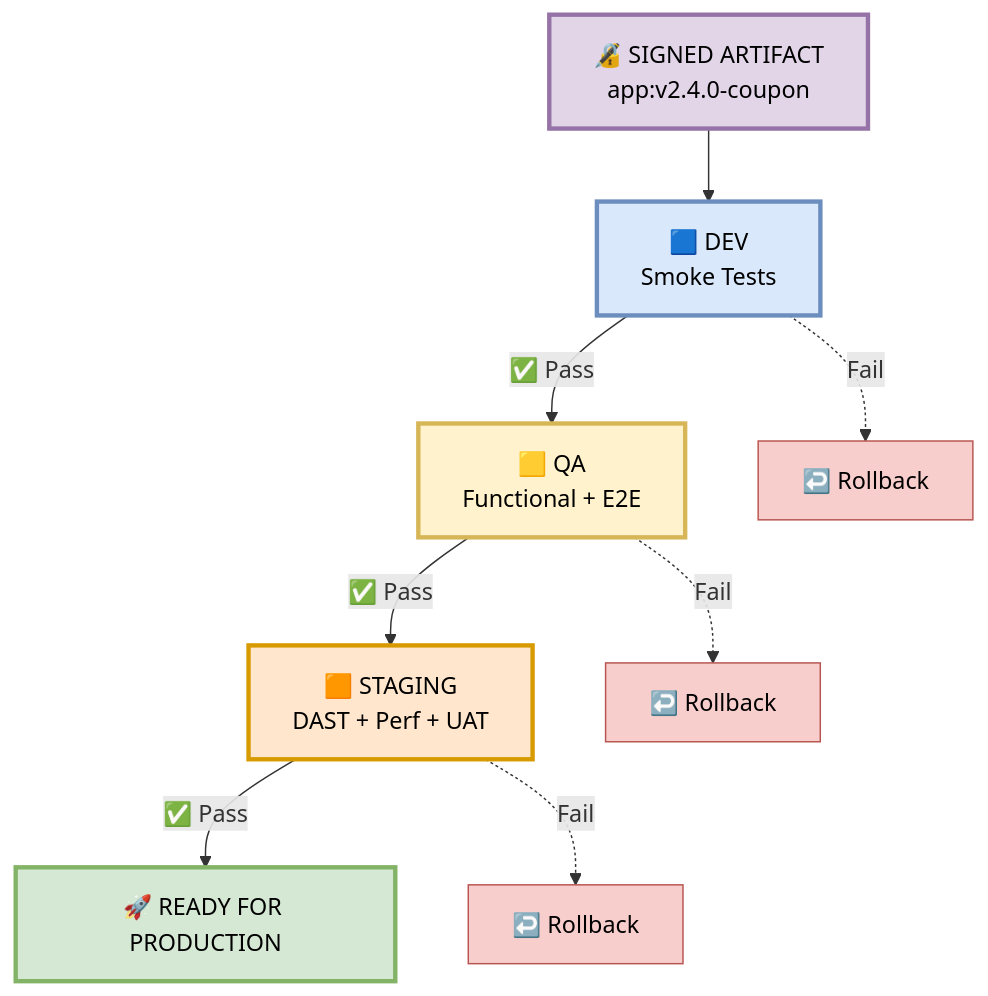
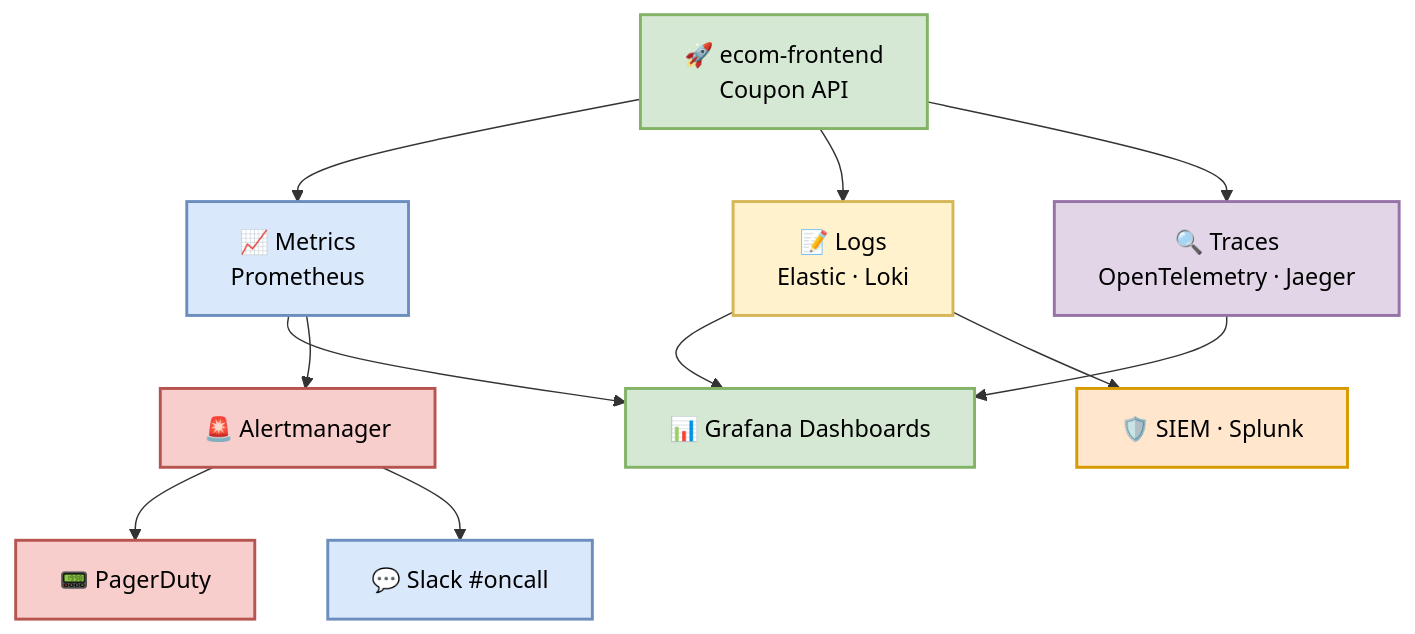
One commit to tripathicle/ApplicationPipeline changed the first of 2 diagrams in 2-CD-Stage/CD_2_CD_PIPELINE/readme.md. Above: the diagram before and after it, drawn with Mermaid. The commit also changed other lines of this file, not shown here.

````diff
--- a/2-CD-Stage/CD_2_CD_PIPELINE/readme.md
+++ b/2-CD-Stage/CD_2_CD_PIPELINE/readme.md
@@ -34,32 +37,40 @@
 ```mermaid
 graph TD
-    SIGNED["🔏 SIGNED ARTIFACT<br>app:v2.4.0-coupon"]
-    style SIGNED fill:#e1d5e7,stroke:#9673a6,stroke-width:3px,color:#000
+    APP["🚀 ecom-frontend<br>Coupon API"]
+    style APP fill:#d5e8d4,stroke:#82b366,stroke-width:2px,color:#000
 
-    DEV["🟦 DEV<br>Smoke Tests"]
-    QA["🟨 QA<br>Functional + E2E"]
-    STAGING["🟧 STAGING<br>DAST + Perf + UAT"]
-    PROD["🚀 READY FOR PRODUCTION"]
+    METRICS["📈 Metrics<br>Prometheus"]
+    LOGS["📝 Logs<br>Elastic · Loki"]
+    TRACES["🔍 Traces<br>OpenTelemetry · Jaeger"]
 
-    style DEV fill:#dae8fc,stroke:#6c8ebf,stroke-width:3px,color:#000
-    style QA fill:#fff2cc,stroke:#d6b656,stroke-width:3px,color:#000
-    style STAGING fill:#ffe6cc,stroke:#d79b00,stroke-width:3px,color:#000
-    style PROD fill:#d5e8d4,stroke:#82b366,stroke-width:3px,color:#000
+    style METRICS fill:#dae8fc,stroke:#6c8ebf,stroke-width:2px,color:#000
+    style LOGS fill:#fff2cc,stroke:#d6b656,stroke-width:2px,color:#000
+    style TRACES fill:#e1d5e7,stroke:#9673a6,stroke-width:2px,color:#000
 
-    SIGNED --> DEV
-    DEV -->|✅ Pass| QA
-    QA -->|✅ Pass| STAGING
-    STAGING -->|✅ Pass| PROD
+    APP --> METRICS
+    APP --> LOGS
+    APP --> TRACES
 
-    RB1["↩️ Rollback"]
-    RB2["↩️ Rollback"]
-    RB3["↩️ Rollback"]
+    DASH["📊 Grafana Dashboards"]
+    ALERT["🚨 Alertmanager"]
+    SIEM["🛡️ SIEM · Splunk"]
 
-    style RB1 fill:#f8cecc,stroke:#b85450,stroke-width:1px,color:#000
-    style RB2 fill:#f8cecc,stroke:#b85450,stroke-width:1px,color:#000
-    style RB3 fill:#f8cecc,stroke:#b85450,stroke-width:1px,color:#000
+    style DASH fill:#d5e8d4,stroke:#82b366,stroke-width:2px,color:#000
+    style ALERT fill:#f8cecc,stroke:#b85450,stroke-width:2px,color:#000
+    style SIEM fill:#ffe6cc,stroke:#d79b00,stroke-width:2px,color:#000
 
-    DEV -.->|Fail| RB1
-    QA -.->|Fail| RB2
-    STAGING -.->|Fail| RB3
+    METRICS --> DASH
+    METRICS --> ALERT
+    LOGS --> DASH
+    LOGS --> SIEM
+    TRACES --> DASH
+
+    PAGER["📟 PagerDuty"]
+    SLACK["💬 Slack #oncall"]
+
+    style PAGER fill:#f8cecc,stroke:#b85450,stroke-width:2px,color:#000
+    style SLACK fill:#dae8fc,stroke:#6c8ebf,stroke-width:2px,color:#000
+
+    ALERT --> PAGER
+    ALERT --> SLACK
 ```
````
